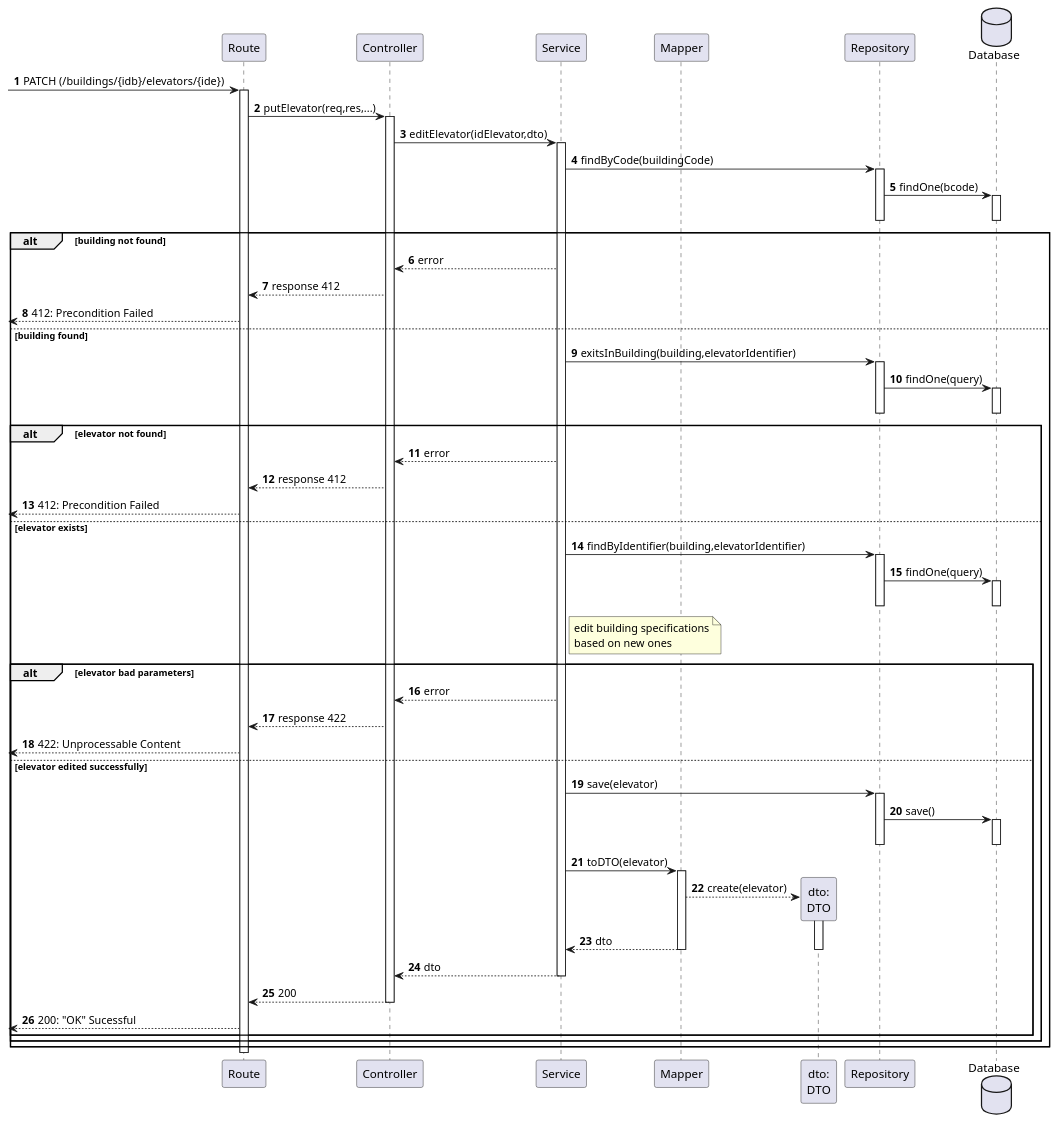
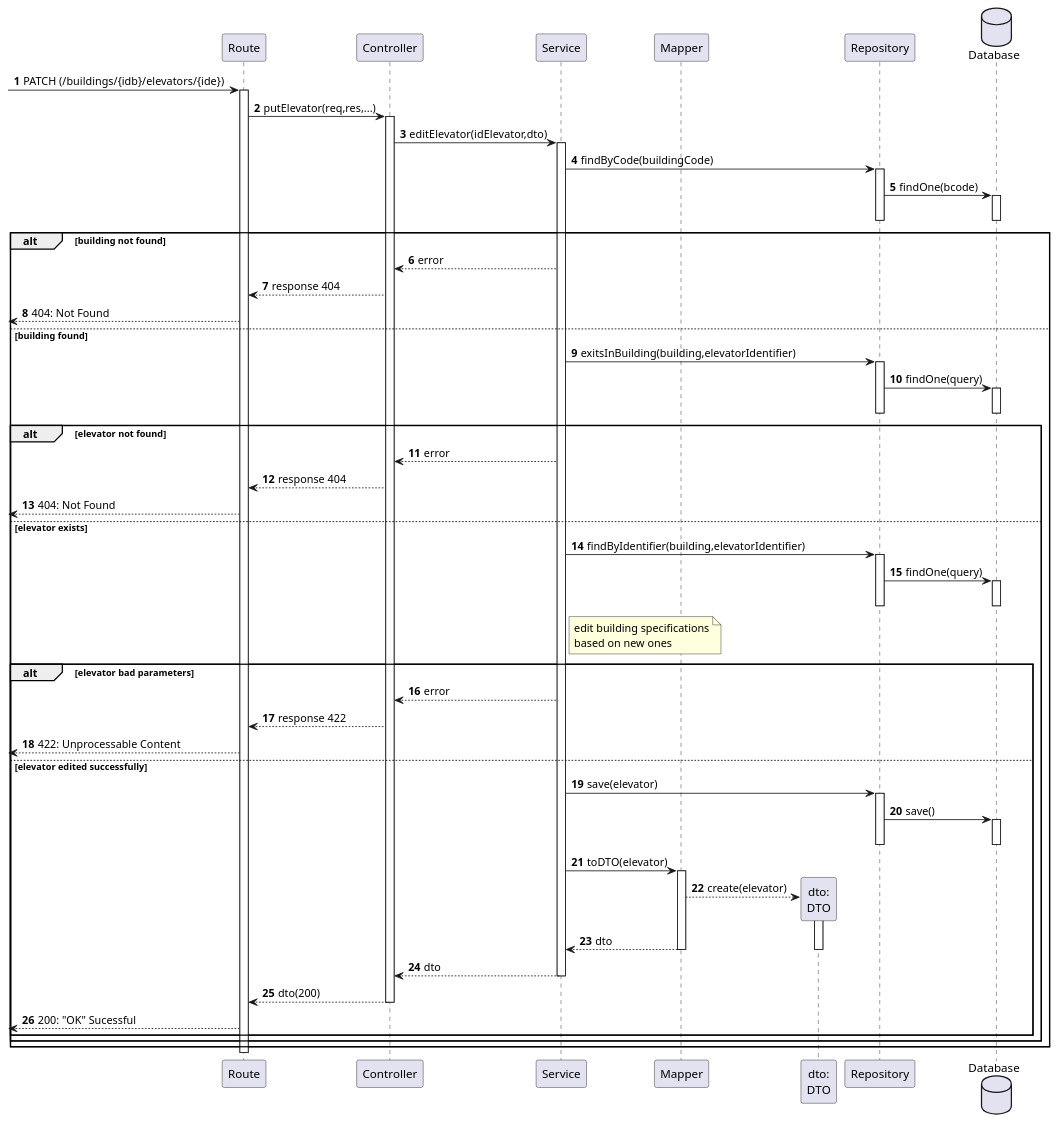
Before and after one commit to Departamento-de-Engenharia-Informatica/lapr5-23-24-g19: the diagram in docs/us280/level3/process-view-put.puml, drawn with PlantUML. The commit also changed 51 other files, not shown here.

Commit message:
docs(us270,280,290,310,350,380): updated response code "404: Not found"

```diff
--- a/docs/us280/level3/process-view-put.puml
+++ b/docs/us280/level3/process-view-put.puml
@@ -1,104 +1,104 @@
 @startuml
 autonumber
 
 
 
 
 participant "Route" as r
 participant "Controller" as ctrl
 participant "Service" as svc
 
 participant "Mapper" as map
 participant "dto:\nDTO" as dto
 participant "Repository" as repo
 database "Database" as db
 
 
 [-> r: PATCH (/buildings/{idb}/elevators/{ide})
     activate r
             r -> ctrl : putElevator(req,res,...)
                 activate ctrl
                     ctrl -> svc : editElevator(idElevator,dto)
                     activate svc
                         svc -> repo : findByCode(buildingCode)
                             activate repo
                                 repo -> db : findOne(bcode)
                             activate db
                             deactivate db
                             deactivate repo
 
                         alt building not found
                             svc --> ctrl : error
-                            ctrl --> r : response 412
-                            [<-- r : 412: Precondition Failed
+                            ctrl --> r : response 404
+                            [<-- r : 404: Not Found
 
 
 
                         else building found
 
                             svc -> repo : exitsInBuilding(building,elevatorIdentifier)
                                 activate repo
                                     repo -> db : findOne(query)
                                     activate db
                                     deactivate db
                                 deactivate repo
 
                             alt elevator not found
                                 svc --> ctrl : error
-                                ctrl --> r : response 412
-                                [<-- r : 412: Precondition Failed
+                                ctrl --> r : response 404
+                                [<-- r : 404: Not Found
                             else elevator exists
 
                                 svc -> repo: findByIdentifier(building,elevatorIdentifier)
                                     activate repo
                                         repo -> db : findOne(query)
                                         activate db
                                         deactivate db
                                     deactivate repo
 
                                 note right of svc
                                     edit building specifications
                                     based on new ones
                                 end note
 
 
                             alt elevator bad parameters
                                 svc --> ctrl : error
                                 ctrl --> r : response 422
                                 [<-- r : 422: Unprocessable Content
                             else elevator edited successfully
                                svc -> repo : save(elevator)
                                activate repo
                                     repo -> db: save()
                                     activate db
                                     deactivate db
                                deactivate repo
 
 
 
 
                             svc -> map : toDTO(elevator)
                             activate map
                                 map --> dto **: create(elevator)
                                 activate dto
 
                                 map --> svc : dto
                                 deactivate dto
                             deactivate map
 
                             svc --> ctrl : dto
                         deactivate svc
 
-                        ctrl --> r : 200
+                        ctrl --> r : dto(200)
                     deactivate ctrl
 
 
 
 
             [<-- r: 200: "OK" Sucessful
                 end
             end
          end
     deactivate r
 
 @enduml
```
